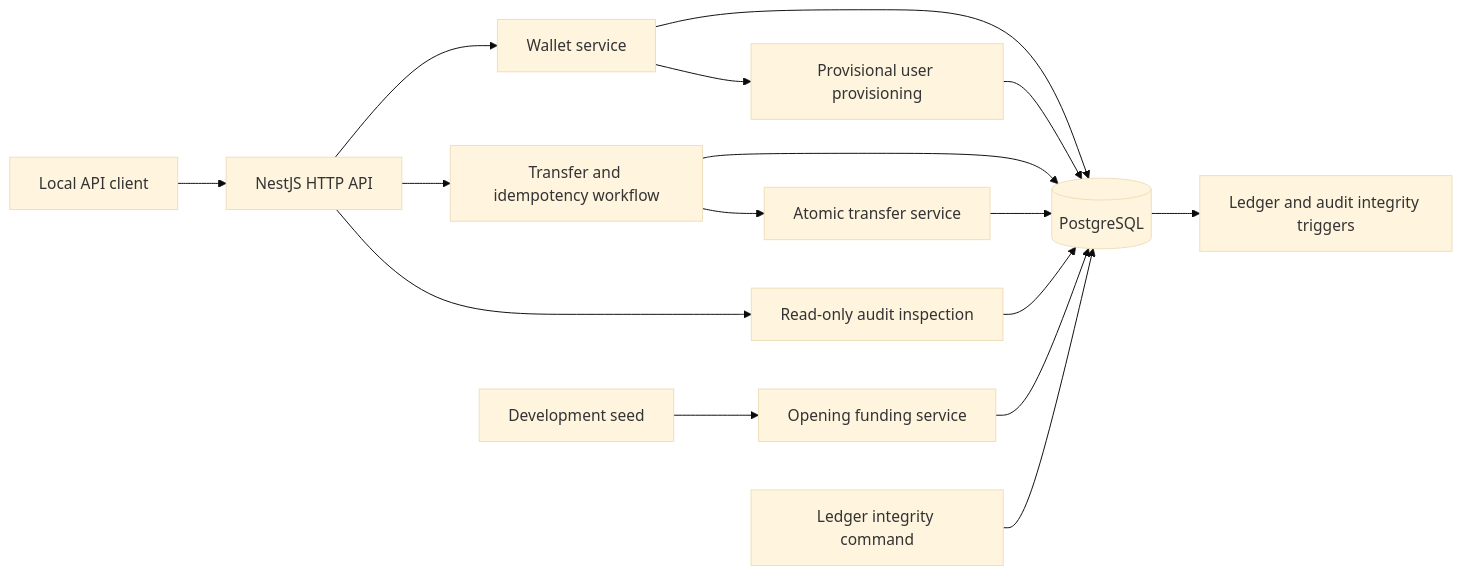
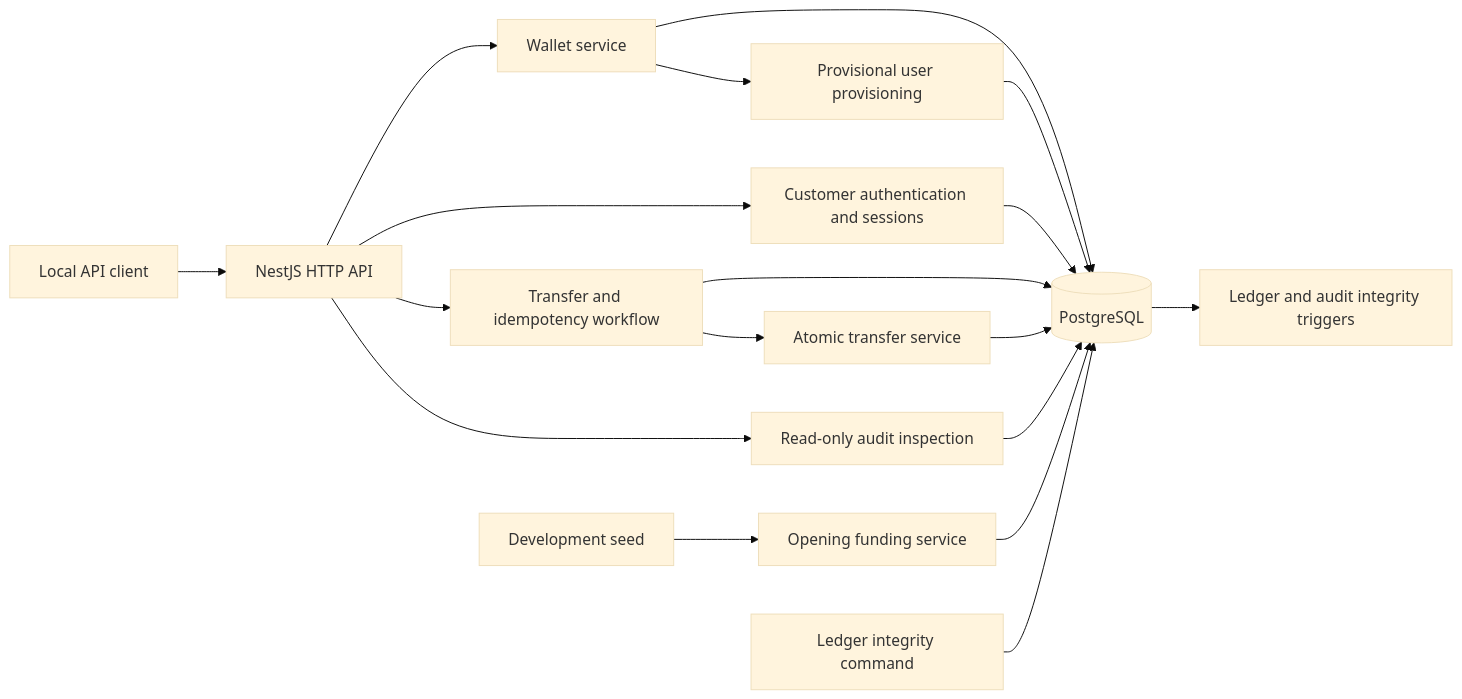
One commit to DjQris/ledgerflow changed the diagram in docs/architecture.md. Above: the diagram before and after it, drawn with Mermaid (base theme). The commit also changed other lines of this file and 25 other files, not shown here.

Commit message:
feat: add customer authentication and session rotation

````diff
--- a/docs/architecture.md
+++ b/docs/architecture.md
@@ -5,18 +5,20 @@
 ```mermaid
 flowchart LR
     Client[Local API client] --> HTTP[NestJS HTTP API]
     HTTP --> Wallets[Wallet service]
     Wallets --> Users[Provisional user provisioning]
+    HTTP --> Auth[Customer authentication and sessions]
     HTTP --> TransferAPI[Transfer and idempotency workflow]
     HTTP --> AuditRead[Read-only audit inspection]
     TransferAPI --> TransferCore[Atomic transfer service]
     Wallets --> DB[(PostgreSQL)]
     Users --> DB
+    Auth --> DB
     TransferAPI --> DB
     TransferCore --> DB
     AuditRead --> DB
     Seed[Development seed] --> Funding[Opening funding service]
     Funding --> DB
     Verify[Ledger integrity command] --> DB
     DB --> Triggers[Ledger and audit integrity triggers]
 ```
````
